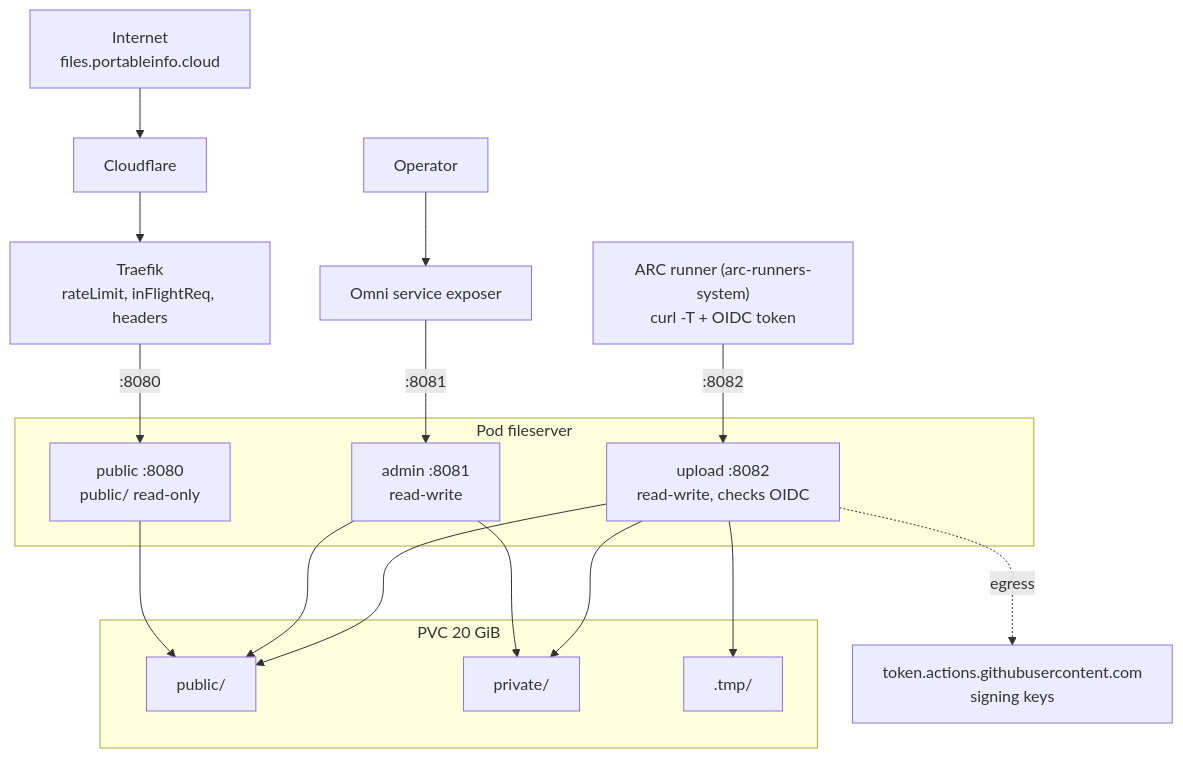
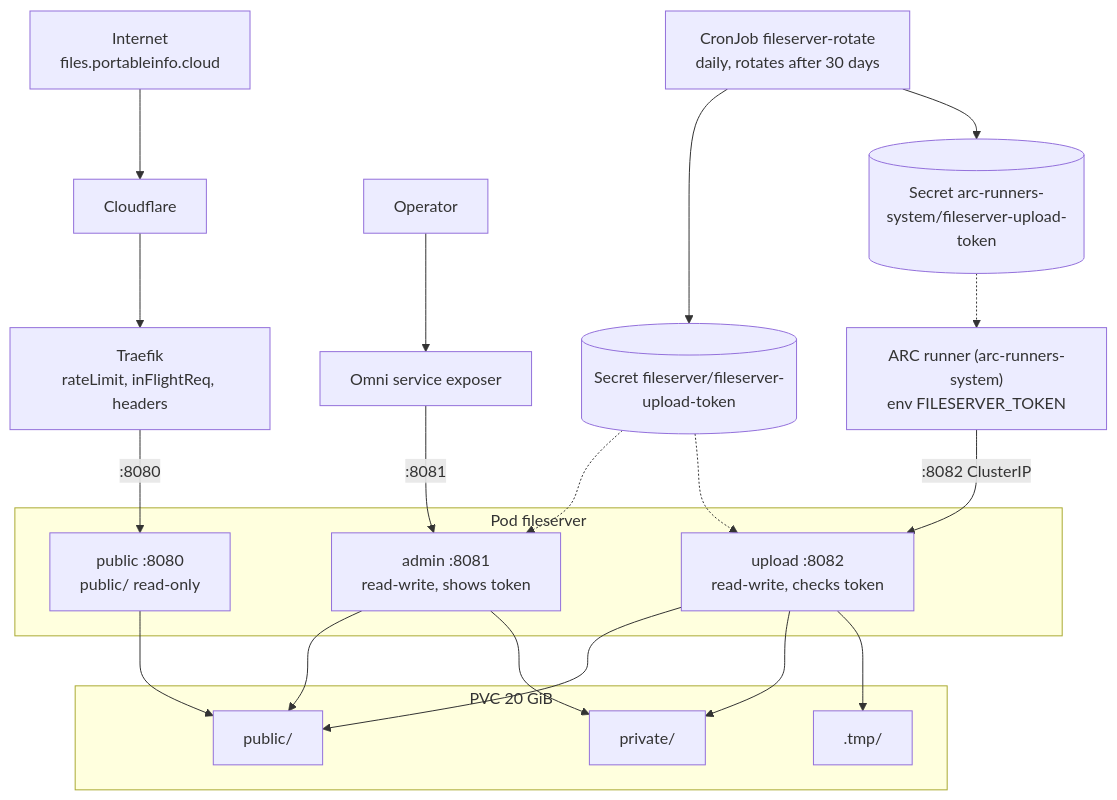
One commit to cthtrifork/pmx01-talos-gitops changed the diagram in images/fileserver/README.md. Above: the diagram before and after it, drawn with Mermaid. The commit also changed other lines of this file and 11 other files, not shown here.

First line of the commit message:
feat(fileserver): authenticate uploads with a rotating token instead of GitHub OIDC

````diff
--- a/images/fileserver/README.md
+++ b/images/fileserver/README.md
@@ -14,24 +15,28 @@
 ```mermaid
 flowchart TB
     NET["Internet<br/>files.portableinfo.cloud"] --> CF["Cloudflare"] --> TR["Traefik<br/>rateLimit, inFlightReq, headers"]
     OP["Operator"] --> OMNI["Omni service exposer"]
-    RUN["ARC runner (arc-runners-system)<br/>curl -T + OIDC token"]
-    GH["token.actions.githubusercontent.com<br/>signing keys"]
+    RUN["ARC runner (arc-runners-system)<br/>env FILESERVER_TOKEN"]
+    CJ["CronJob fileserver-rotate<br/>daily, rotates after 30 days"]
     subgraph POD["Pod fileserver"]
         PUB["public :8080<br/>public/ read-only"]
-        ADM["admin :8081<br/>read-write"]
-        UPL["upload :8082<br/>read-write, checks OIDC"]
+        ADM["admin :8081<br/>read-write, shows token"]
+        UPL["upload :8082<br/>read-write, checks token"]
     end
+    S1[("Secret fileserver/fileserver-upload-token")]
+    S2[("Secret arc-runners-system/fileserver-upload-token")]
     subgraph PVC["PVC 20 GiB"]
         D1["public/"]
         D2["private/"]
         D3[".tmp/"]
     end
     TR -->|":8080"| PUB
     OMNI -->|":8081"| ADM
-    RUN -->|":8082"| UPL
-    UPL -.->|"egress"| GH
+    RUN -->|":8082 ClusterIP"| UPL
+    CJ --> S1 & S2
+    S1 -.-> ADM & UPL
+    S2 -.-> RUN
     PUB --> D1
     ADM --> D1 & D2
     UPL --> D1 & D2 & D3
 ```
````
